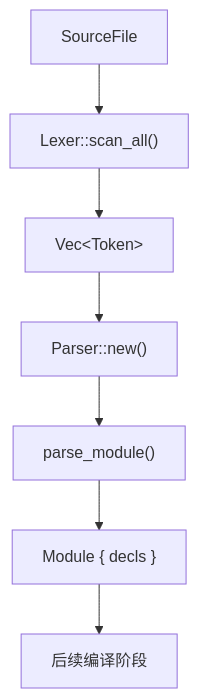
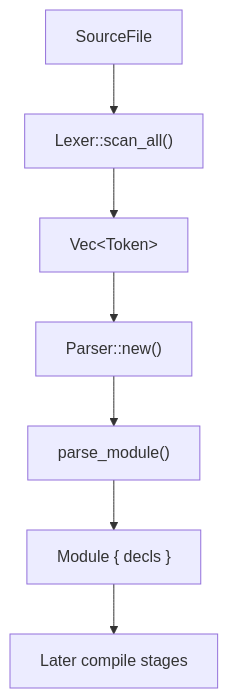
The diagram in docs/2_SyntaxAnalysis.md (synvek/syx), drawn with Mermaid before and after one commit. The commit also changed other lines of this file and 27 other files, not shown here.

````diff
--- a/docs/2_SyntaxAnalysis.md
+++ b/docs/2_SyntaxAnalysis.md
@@ -20,9 +22,9 @@
 ```mermaid
 flowchart TD
     A["SourceFile"] --> B["Lexer::scan_all()"]
     B --> C["Vec&lt;Token&gt;"]
     C --> D["Parser::new()"]
     D --> E["parse_module()"]
     E --> F["Module { decls }"]
-    F --> G["后续编译阶段"]
+    F --> G["Later compile stages"]
 ```
````
